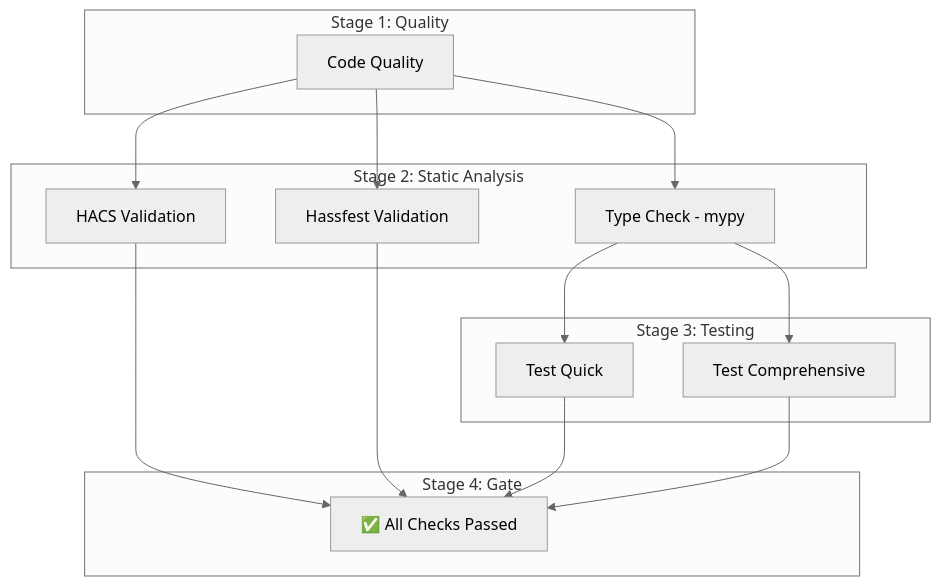
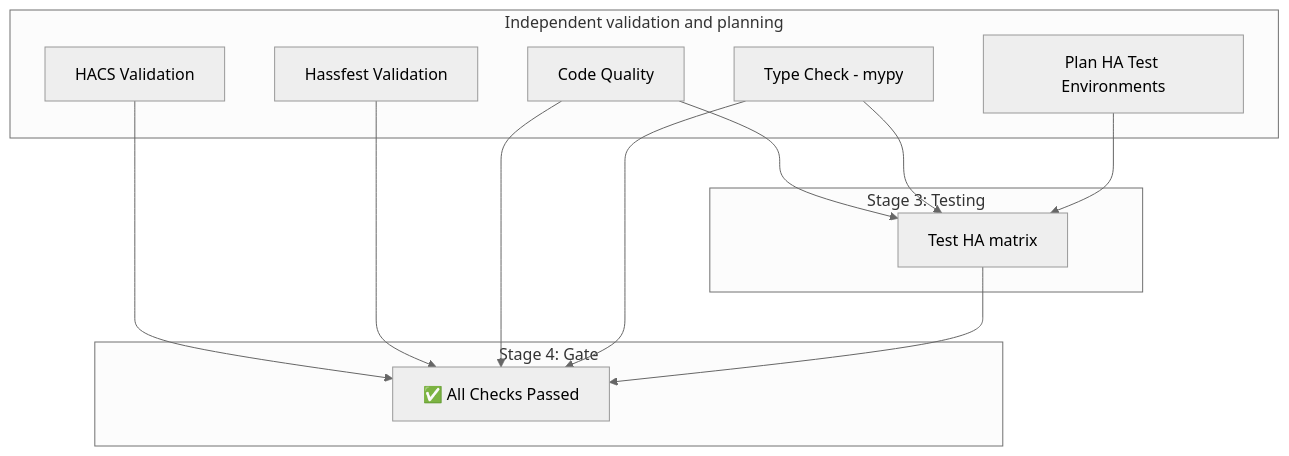
The diagram in docs/developer/cicd-pipeline.md (wills106/homeassistant-solax-modbus), drawn with Mermaid (neutral theme) before and after one commit. The commit also changed other lines of this file and 3 other files, not shown here.

````diff
--- a/docs/developer/cicd-pipeline.md
+++ b/docs/developer/cicd-pipeline.md
@@ -9,24 +10,24 @@
 ```mermaid
 graph TD
-    subgraph Stage 1: Quality
+    subgraph Independent validation and planning
     Q[Code Quality]
-    end
-
-    subgraph Stage 2: Static Analysis
-    Q --> M[Type Check - mypy]
-    Q --> H1[HACS Validation]
-    Q --> H2[Hassfest Validation]
+    M[Type Check - mypy]
+    H1[HACS Validation]
+    H2[Hassfest Validation]
+    P[Plan HA Test Environments]
     end
 
     subgraph Stage 3: Testing
-    M --> TQ[Test Quick]
-    M --> TC[Test Comprehensive]
+    Q --> TH[Test HA matrix]
+    M --> TH
+    P --> TH
     end
 
     subgraph Stage 4: Gate
     H1 --> ALL[✅ All Checks Passed]
     H2 --> ALL
-    TQ --> ALL
-    TC --> ALL
+    Q --> ALL
+    M --> ALL
+    TH --> ALL
     end
 ```
````
